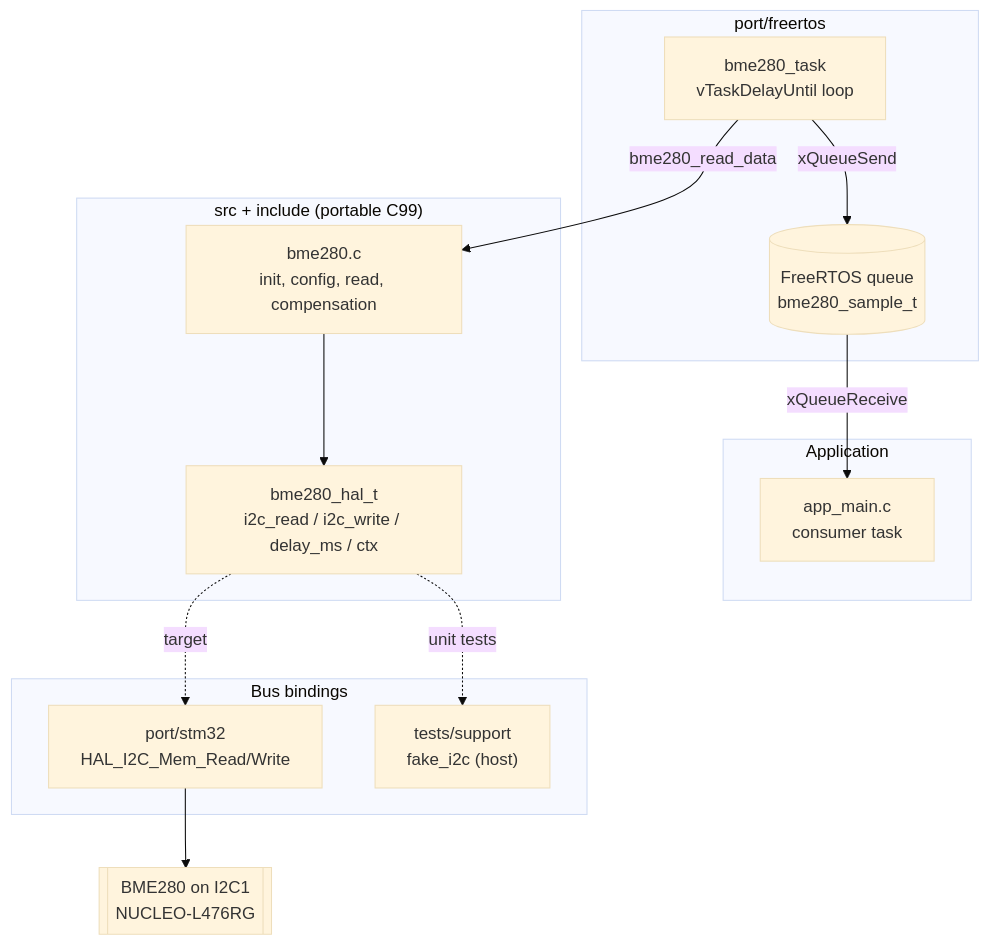
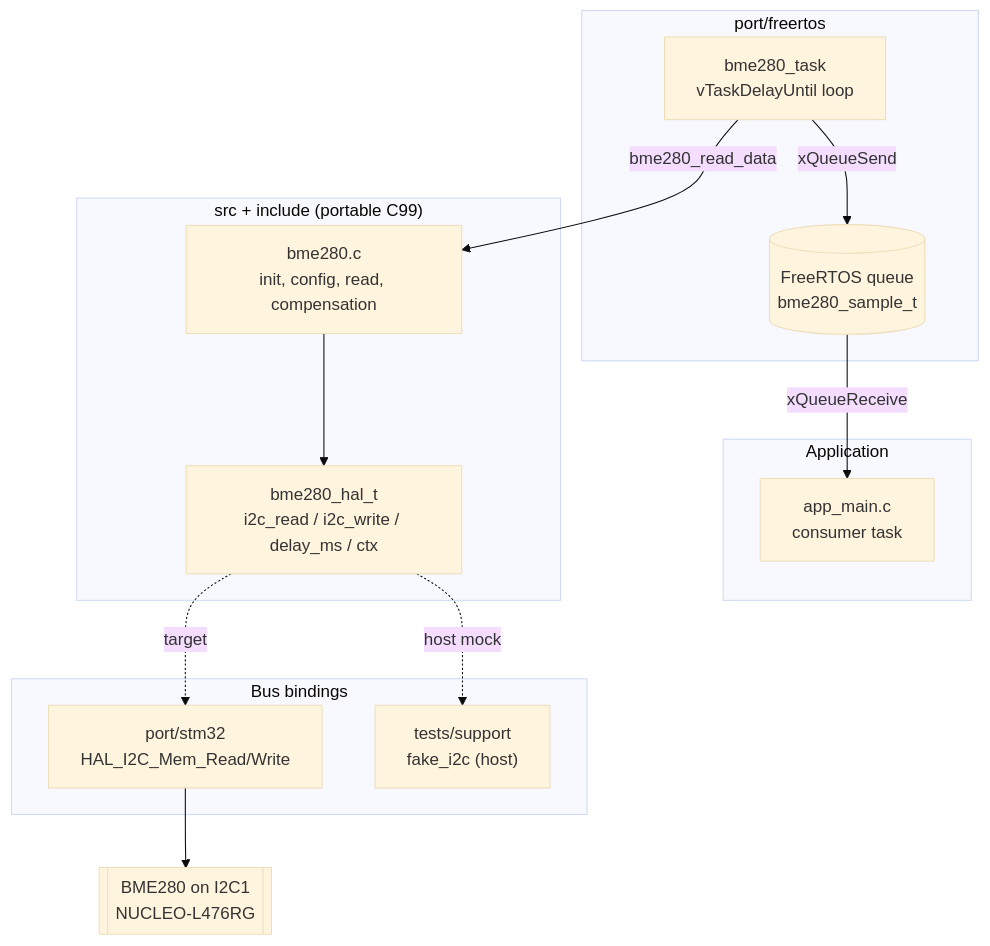
Before and after one commit to AbdessettarBenHassen/stm32-freertos-i2c-sensor-driver: the diagram in README.md, drawn with Mermaid (base theme). The commit also changed other lines of this file and 3 other files, not shown here.

````diff
--- a/README.md
+++ b/README.md
@@ -30,27 +42,27 @@
 ```mermaid
 flowchart TB
     subgraph App["Application"]
         A["app_main.c<br/>consumer task"]
     end
     subgraph RTOS["port/freertos"]
         T["bme280_task<br/>vTaskDelayUntil loop"]
         Q[("FreeRTOS queue<br/>bme280_sample_t")]
     end
     subgraph Core["src + include (portable C99)"]
         D["bme280.c<br/>init, config, read, compensation"]
         H["bme280_hal_t<br/>i2c_read / i2c_write / delay_ms / ctx"]
     end
     subgraph Ports["Bus bindings"]
         S["port/stm32<br/>HAL_I2C_Mem_Read/Write"]
         F["tests/support<br/>fake_i2c (host)"]
     end
     HW[["BME280 on I2C1<br/>NUCLEO-L476RG"]]
 
     T -->|bme280_read_data| D
     T -->|xQueueSend| Q
     Q -->|xQueueReceive| A
     D --> H
     H -.->|target| S
-    H -.->|unit tests| F
+    H -.->|host mock| F
     S --> HW
 ```
````
